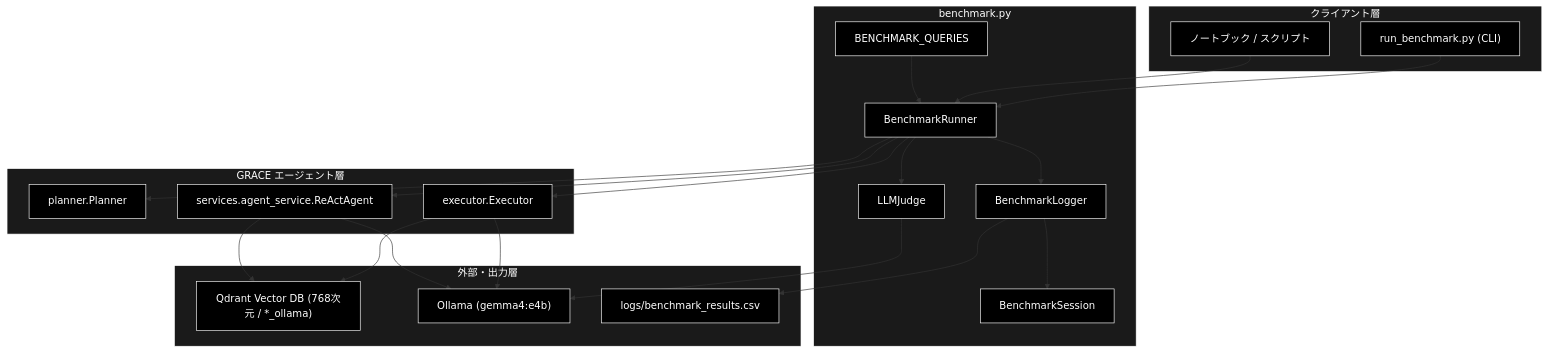
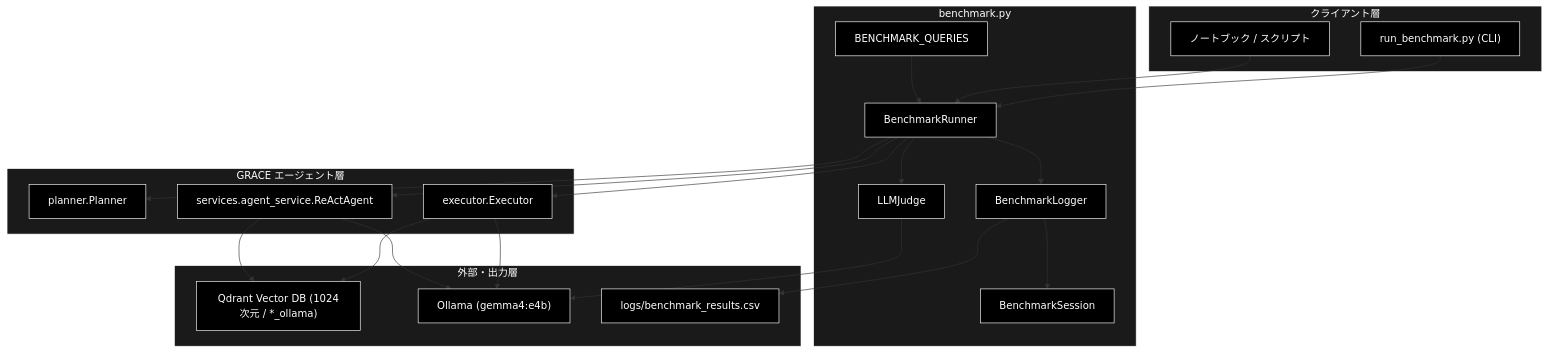
The first of 3 diagrams in grace/doc/benchmark.md (nakashima2toshio/ollama_grace_agent_v2), drawn with Mermaid before and after one commit. The commit also changed other lines of this file and 8 other files, not shown here.

````diff
--- a/grace/doc/benchmark.md
+++ b/grace/doc/benchmark.md
@@ -80,50 +80,50 @@
 ```mermaid
 flowchart TB
     subgraph CLIENT["クライアント層"]
         CLI["run_benchmark.py (CLI)"]
         NB["ノートブック / スクリプト"]
     end
 
     subgraph MODULE["benchmark.py"]
         RUNNER["BenchmarkRunner"]
         LOGGER["BenchmarkLogger"]
         SESSION["BenchmarkSession"]
         QUERIES["BENCHMARK_QUERIES"]
         JUDGE["LLMJudge"]
     end
 
     subgraph AGENT["GRACE エージェント層"]
         PLANNER["planner.Planner"]
         EXECUTOR["executor.Executor"]
         REACT["services.agent_service.ReActAgent"]
     end
 
     subgraph EXTERNAL["外部・出力層"]
-        QDRANT["Qdrant Vector DB (768次元 / *_ollama)"]
+        QDRANT["Qdrant Vector DB (1024次元 / *_ollama)"]
         LLM["Ollama (gemma4:e4b)"]
         CSV["logs/benchmark_results.csv"]
     end
 
     CLI --> RUNNER
     NB --> RUNNER
     QUERIES --> RUNNER
     RUNNER --> PLANNER
     RUNNER --> EXECUTOR
     RUNNER --> REACT
     RUNNER --> LOGGER
     RUNNER --> JUDGE
     LOGGER --> SESSION
     EXECUTOR --> QDRANT
     EXECUTOR --> LLM
     REACT --> QDRANT
     REACT --> LLM
     JUDGE --> LLM
     LOGGER --> CSV
 classDef default fill:#000,stroke:#fff,color:#fff
 classDef subgraphStyle fill:#1a1a1a,stroke:#fff,color:#fff
 class CLI,NB,RUNNER,LOGGER,SESSION,QUERIES,JUDGE,PLANNER,EXECUTOR,REACT,QDRANT,LLM,CSV default
 style CLIENT fill:#1a1a1a,stroke:#fff,color:#fff
 style MODULE fill:#1a1a1a,stroke:#fff,color:#fff
 style AGENT fill:#1a1a1a,stroke:#fff,color:#fff
 style EXTERNAL fill:#1a1a1a,stroke:#fff,color:#fff
 ```
````
